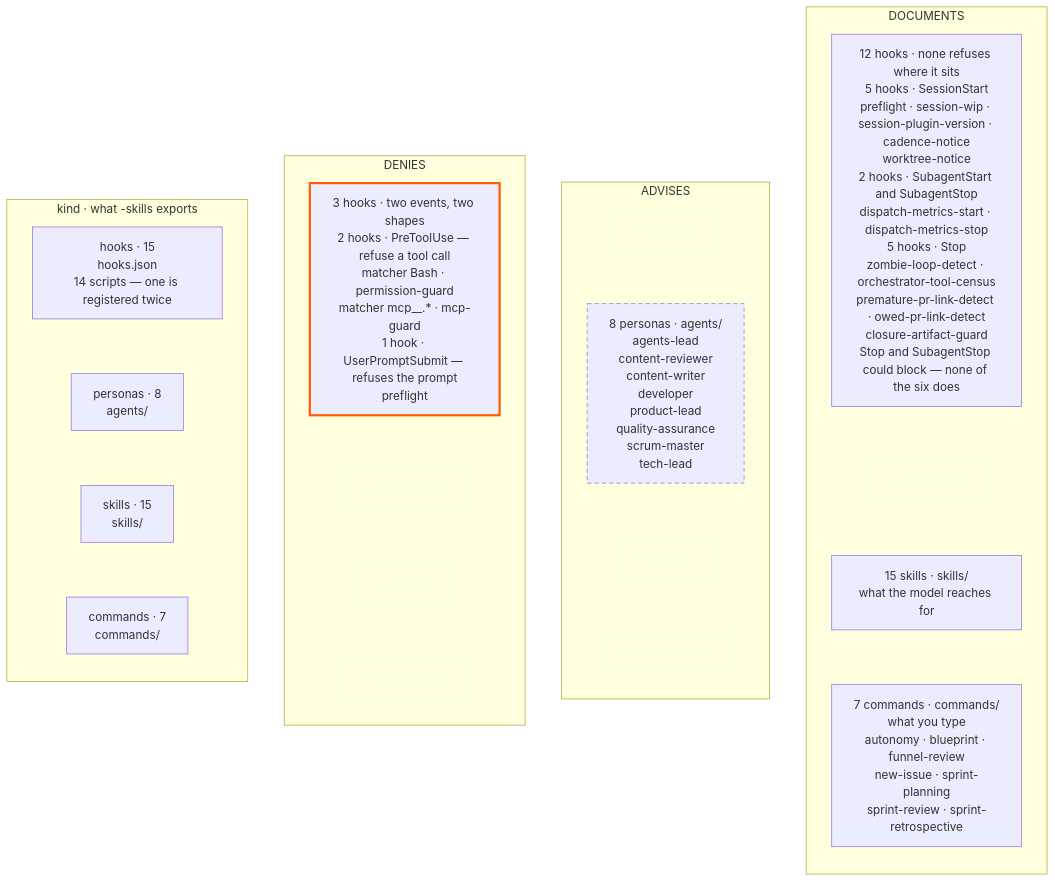
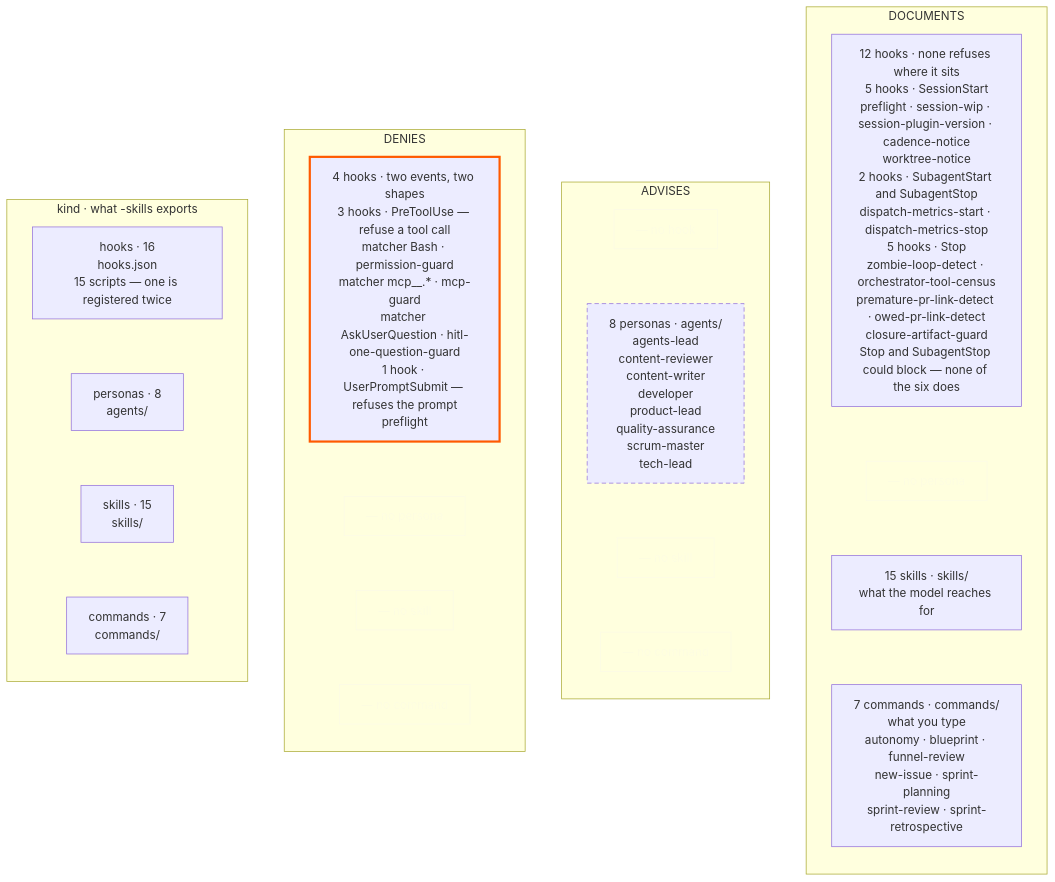
One commit to tedeuxx/tadeumendonca-io changed the third of 3 diagrams in apps/fed/src/content/architecture.en.md. Above: the diagram before and after it, drawn with Mermaid. The commit also changed other lines of this file and 9 other files, not shown here.

First line of the commit message:
chore(harness): synchronize the one-owner-ask contract

````diff
--- a/apps/fed/src/content/architecture.en.md
+++ b/apps/fed/src/content/architecture.en.md
@@ -189,49 +189,49 @@
 ```mermaid
 flowchart LR
   accTitle: What the harness is made of
-  accDescr: The claim comes first, because the claim is what the grid is for. Of everything the plugin exports, exactly one kind can REFUSE — a hook — and only on two of the six events it registers on. Personas ADVISE, and skills and commands only DOCUMENT. Four kinds against three classes of force is twelve cells; five hold something and seven are empty, and the seven empty ones are the argument. Now the inventory the claim is read off. The lanes are the 15 hook registrations in hooks.json, written by 14 scripts because preflight is registered twice; the 8 personas in the agents directory; the 15 skills in the skills directory; and the 7 commands in the commands directory. The deny column holds one cell, and it holds 3 registrations across two events of different shapes: permission-guard on the matcher Bash and mcp-guard on the matcher for MCP tools, both on PreToolUse, which refuse a tool call before it runs; and preflight on UserPromptSubmit, which refuses the prompt itself, before the turn starts. Persona, skill and command have no cell there at all. The middle column holds one cell too: the 8 personas — agents-lead, content-reviewer, content-writer, developer, product-lead, quality-assurance, scrum-master and tech-lead — which ADVISE, and that is a claim about their judgement rather than about their seat, because a lens nobody dispatches fails silently. The third column, the one whose components only DOCUMENT, holds three cells: the 15 skills, which is what the model reaches for on its own; the 7 commands, which is what a person types; and the other 12 hook registrations — 5 on SessionStart, 2 on SubagentStart and SubagentStop, and 5 on Stop. Read the two columns together and preflight appears in both, because it is registered twice with a different class on each event, and that is the drawing being derived rather than drawn: nobody authoring by hand would draw one script in two columns of the same grid.
+  accDescr: The claim comes first, because the claim is what the grid is for. Of everything the plugin exports, exactly one kind can REFUSE — a hook — and only on two of the six events it registers on. Personas ADVISE, and skills and commands only DOCUMENT. Four kinds against three classes of force is twelve cells; five hold something and seven are empty, and the seven empty ones are the argument. Now the inventory the claim is read off. The lanes are the 16 hook registrations in hooks.json, written by 15 scripts because preflight is registered twice; the 8 personas in the agents directory; the 15 skills in the skills directory; and the 7 commands in the commands directory. The deny column holds one cell, and it holds 4 registrations across two events of different shapes: permission-guard on the matcher Bash, mcp-guard on the matcher for MCP tools and hitl-one-question-guard on AskUserQuestion, all on PreToolUse, which refuse a tool call before it runs; and preflight on UserPromptSubmit, which refuses the prompt itself, before the turn starts. Persona, skill and command have no cell there at all. The middle column holds one cell too: the 8 personas — agents-lead, content-reviewer, content-writer, developer, product-lead, quality-assurance, scrum-master and tech-lead — which ADVISE, and that is a claim about their judgement rather than about their seat, because a lens nobody dispatches fails silently. The third column, the one whose components only DOCUMENT, holds three cells: the 15 skills, which is what the model reaches for on its own; the 7 commands, which is what a person types; and the other 12 hook registrations — 5 on SessionStart, 2 on SubagentStart and SubagentStop, and 5 on Stop. Read the two columns together and preflight appears in both, because it is registered twice with a different class on each event, and that is the drawing being derived rather than drawn: nobody authoring by hand would draw one script in two columns of the same grid.
   subgraph LANE["kind · what -skills exports"]
     direction TB
-    LH["hooks · 15<br/>hooks.json<br/>14 scripts — one is registered twice"]
+    LH["hooks · 16<br/>hooks.json<br/>15 scripts — one is registered twice"]
     LP["personas · 8<br/>agents/"]
     LS["skills · 15<br/>skills/"]
     LC["commands · 7<br/>commands/"]
     LH ~~~ LP ~~~ LS ~~~ LC
   end
   subgraph COLD["DENIES"]
     direction TB
-    HKD["3 hooks · two events, two shapes<br/>2 hooks · PreToolUse — refuse a tool call<br/>matcher Bash · permission-guard<br/>matcher mcp__.* · mcp-guard<br/>1 hook · UserPromptSubmit — refuses the prompt<br/>preflight"]
+    HKD["4 hooks · two events, two shapes<br/>3 hooks · PreToolUse — refuse a tool call<br/>matcher Bash · permission-guard<br/>matcher mcp__.* · mcp-guard<br/>matcher AskUserQuestion · hitl-one-question-guard<br/>1 hook · UserPromptSubmit — refuses the prompt<br/>preflight"]
     PSD["— no persona"]
     SKD["— no skill"]
     CMD["— no command"]
     HKD ~~~ PSD ~~~ SKD ~~~ CMD
   end
   subgraph COLA["ADVISES"]
     direction TB
     HKA["— no hook"]
     PS["8 personas · agents/<br/>agents-lead<br/>content-reviewer<br/>content-writer<br/>developer<br/>product-lead<br/>quality-assurance<br/>scrum-master<br/>tech-lead"]
     SKA["— no skill"]
     CMA["— no command"]
     HKA ~~~ PS ~~~ SKA ~~~ CMA
   end
   subgraph COLO["DOCUMENTS"]
     direction TB
     HKR["12 hooks · none refuses where it sits<br/>5 hooks · SessionStart<br/>preflight · session-wip · session-plugin-version · cadence-notice<br/>worktree-notice<br/>2 hooks · SubagentStart and SubagentStop<br/>dispatch-metrics-start · dispatch-metrics-stop<br/>5 hooks · Stop<br/>zombie-loop-detect · orchestrator-tool-census<br/>premature-pr-link-detect · owed-pr-link-detect<br/>closure-artifact-guard<br/>Stop and SubagentStop could block — none of the six does"]
     PSO["— no persona"]
     SK["15 skills · skills/<br/>what the model reaches for"]
     CM["7 commands · commands/<br/>what you type<br/>autonomy · blueprint · funnel-review<br/>new-issue · sprint-planning<br/>sprint-review · sprint-retrospective"]
     HKR ~~~ PSO ~~~ SK ~~~ CM
   end
   LANE ~~~ COLD ~~~ COLA ~~~ COLO
   classDef mechanism stroke:#FF5A00,stroke-width:3px
   classDef convention stroke-dasharray:6 4
   %% `empty` must never use #FF5A00 or a stroke-dasharray: the suite counts exactly one accented box
   %% (the mechanism) and exactly one dashed box (the convention) in the compiled SVG, and either token
   %% here would make seven empty cells claim a force they do not have. It must also stay inside ADR-0008's
   %% three colours — the first draft receded these cells with #555555/#888888 and the palette gate caught
   %% it in both editions. Opacity is how a cell recedes here; a fourth grey is not available.
   classDef empty fill:none,stroke:#F5F4EF,color:#F5F4EF,opacity:0.45
   class HKD mechanism
   class PS convention
   class PSD,SKD,CMD,HKA,SKA,CMA,PSO empty
 ```
````
